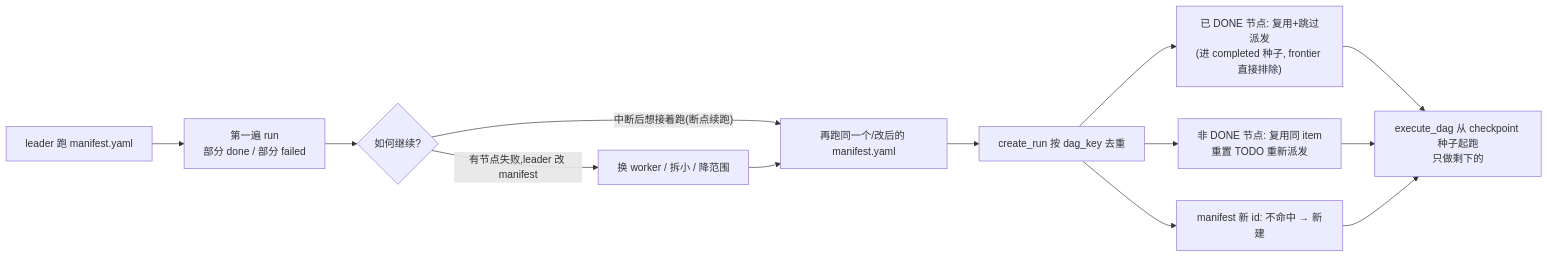
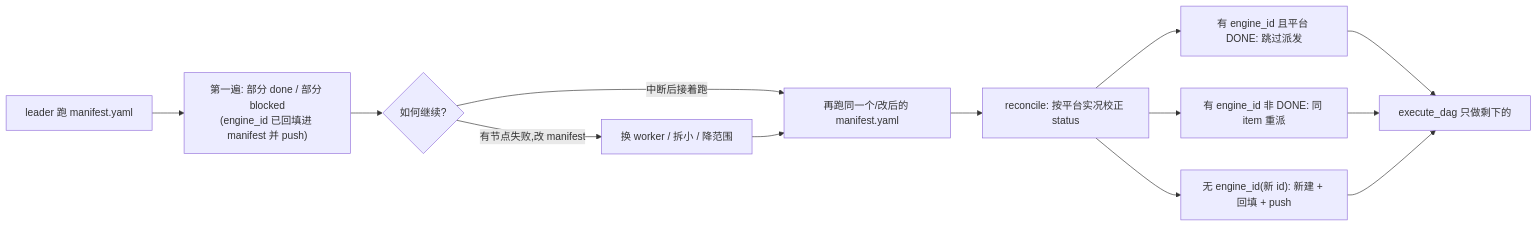
Before and after one commit to xiaohei-info/aiteam: the fourth of 6 diagrams in .claude/skills/parallel-dev-orchestration/EXECUTION_FLOW.md, drawn with Mermaid. The commit also changed other lines of this file, not shown here.

First line of the commit message:
docs(orchestrator): EXECUTION_FLOW 切换为 manifest 唯一口径目标设计

````diff
--- a/.claude/skills/parallel-dev-orchestration/EXECUTION_FLOW.md
+++ b/.claude/skills/parallel-dev-orchestration/EXECUTION_FLOW.md
@@ -196,14 +256,14 @@
 ```mermaid
 flowchart LR
-    A["leader 跑 manifest.yaml"] --> B["第一遍 run<br/>部分 done / 部分 failed"]
+    A["leader 跑 manifest.yaml"] --> B["第一遍: 部分 done / 部分 blocked<br/>(engine_id 已回填进 manifest 并 push)"]
     B --> C{如何继续?}
-    C -- "中断后想接着跑(断点续跑)" --> R
-    C -- "有节点失败,leader 改 manifest" --> Edit["换 worker / 拆小 / 降范围"]
+    C -- "中断后接着跑" --> R
+    C -- "有节点失败,改 manifest" --> Edit["换 worker / 拆小 / 降范围"]
     Edit --> R
     R["再跑同一个/改后的 manifest.yaml"]
-    R --> CR["create_run 按 dag_key 去重"]
-    CR --> D1["已 DONE 节点: 复用+跳过派发<br/>(进 completed 种子, frontier 直接排除)"]
-    CR --> D2["非 DONE 节点: 复用同 item<br/>重置 TODO 重新派发"]
-    CR --> D3["manifest 新 id: 不命中 → 新建"]
-    D1 & D2 & D3 --> Exec["execute_dag 从 checkpoint 种子起跑<br/>只做剩下的"]
+    R --> Recon["reconcile: 按平台实况校正 status"]
+    Recon --> D1["有 engine_id 且平台 DONE: 跳过派发"]
+    Recon --> D2["有 engine_id 非 DONE: 同 item 重派"]
+    Recon --> D3["无 engine_id(新 id): 新建 + 回填 + push"]
+    D1 & D2 & D3 --> Exec["execute_dag 只做剩下的"]
 ```
````
